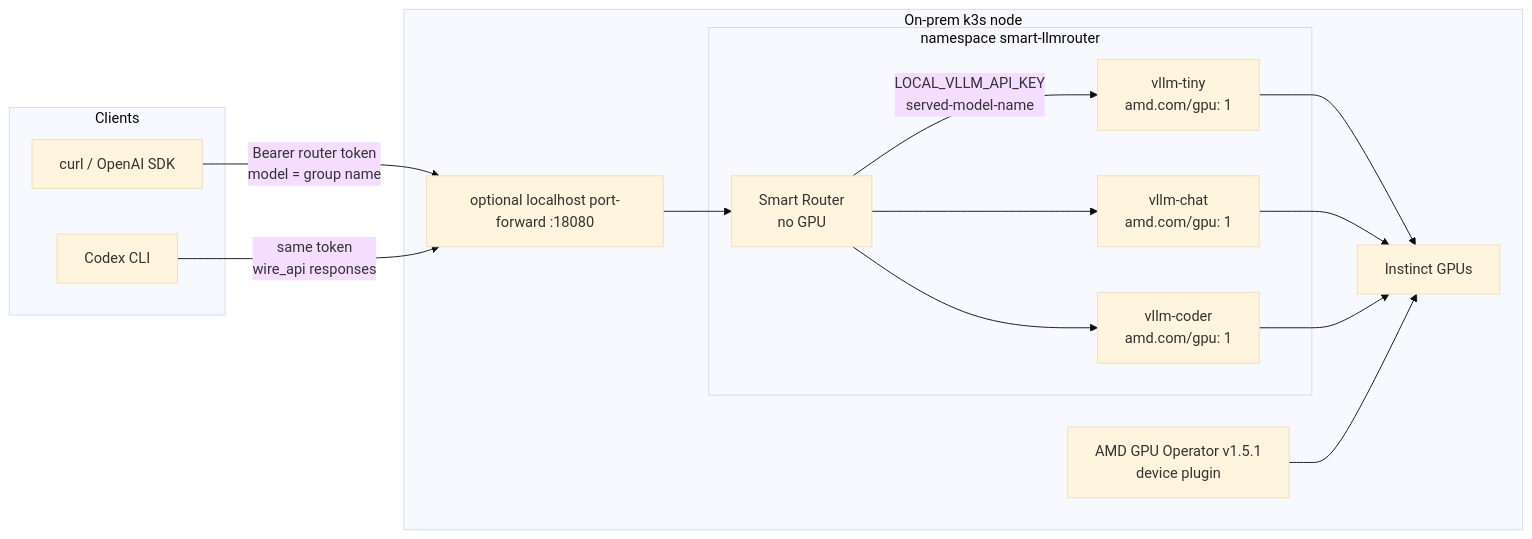
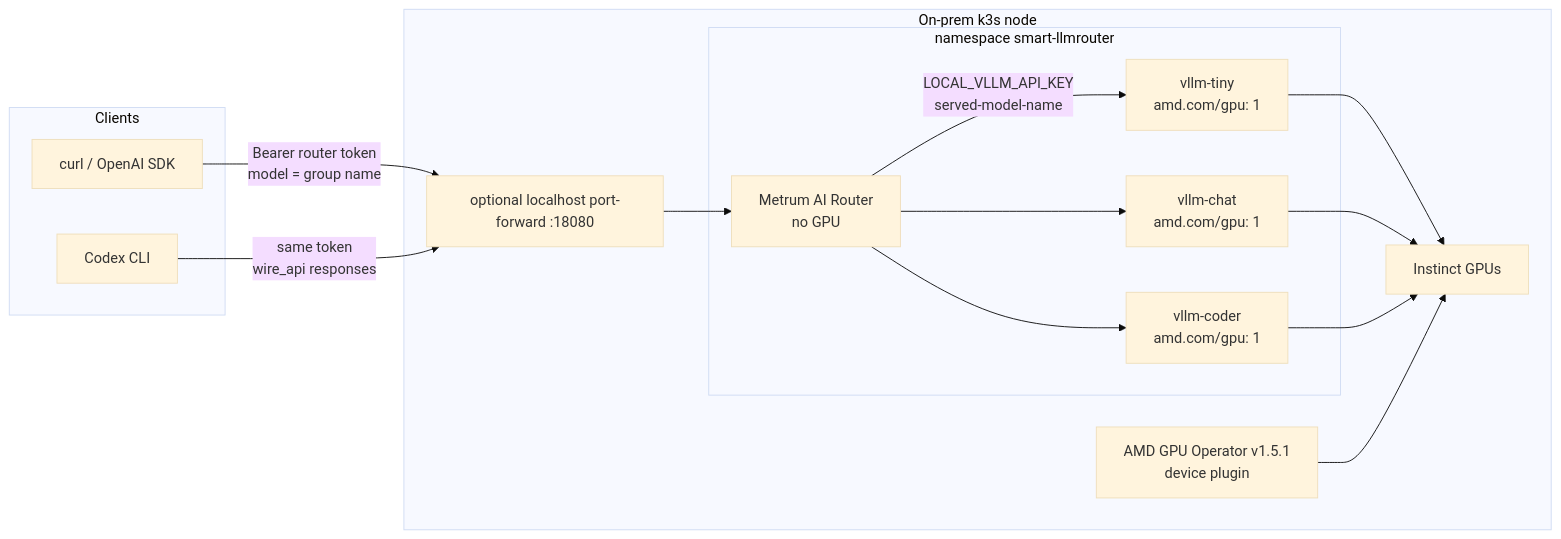
Before and after one commit to Metrum-AI-Products/genai-smart-router: the diagram in docs/K3S_AMD_INSTINCT_LOCAL_SERVING_E2E.md, drawn with Mermaid (base theme). The commit also changed other lines of this file and 43 other files, not shown here.

Commit message:
docs: standardize internal Metrum AI Router branding

````diff
--- a/docs/K3S_AMD_INSTINCT_LOCAL_SERVING_E2E.md
+++ b/docs/K3S_AMD_INSTINCT_LOCAL_SERVING_E2E.md
@@ -26,30 +26,30 @@
 ```mermaid
 flowchart LR
   subgraph clients [Clients]
     Curl[curl / OpenAI SDK]
     Codex[Codex CLI]
   end
 
   subgraph node [On-prem k3s node]
     PF[optional localhost port-forward :18080]
     subgraph ns [namespace smart-llmrouter]
-      R[Smart Router<br/>no GPU]
+      R[Metrum AI Router<br/>no GPU]
       T[vllm-tiny<br/>amd.com/gpu: 1]
       C[vllm-chat<br/>amd.com/gpu: 1]
       D[vllm-coder<br/>amd.com/gpu: 1]
     end
     GPUOp[AMD GPU Operator v1.5.1<br/>device plugin]
     GPUs[Instinct GPUs]
   end
 
   Curl -->|Bearer router token<br/>model = group name| PF
   Codex -->|same token<br/>wire_api responses| PF
   PF --> R
   R -->|LOCAL_VLLM_API_KEY<br/>served-model-name| T
   R --> C
   R --> D
   T --> GPUs
   C --> GPUs
   D --> GPUs
   GPUOp --> GPUs
 ```
````
